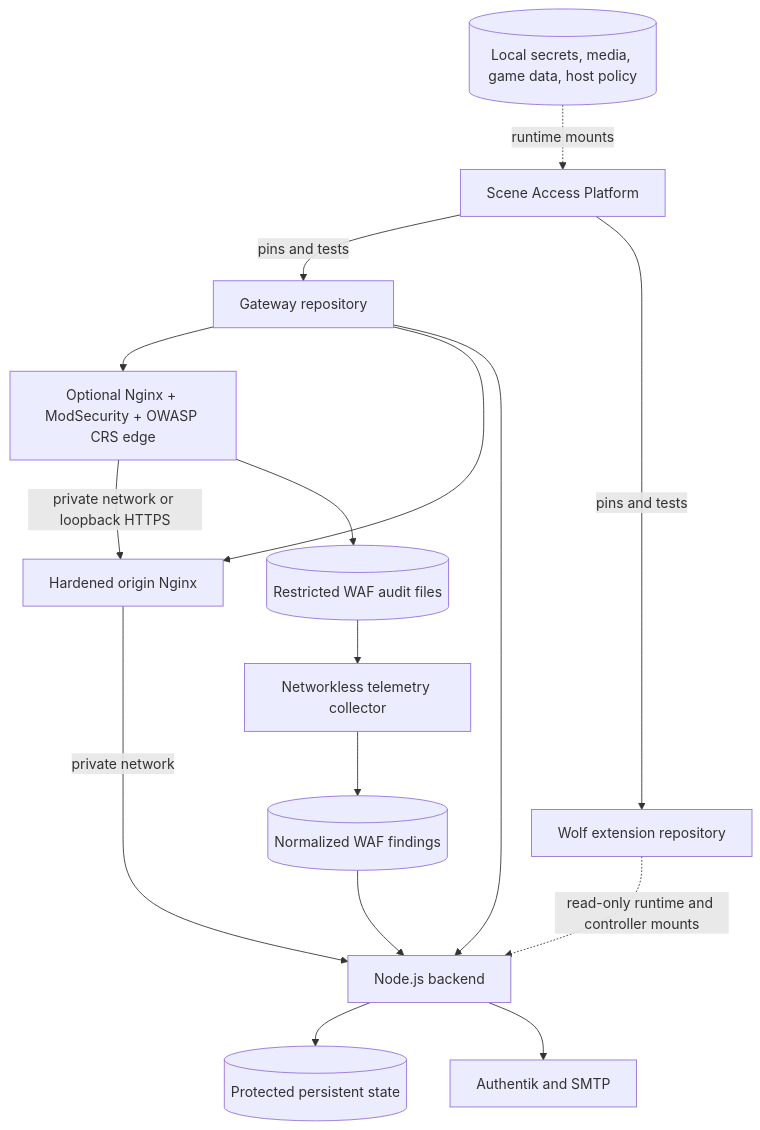
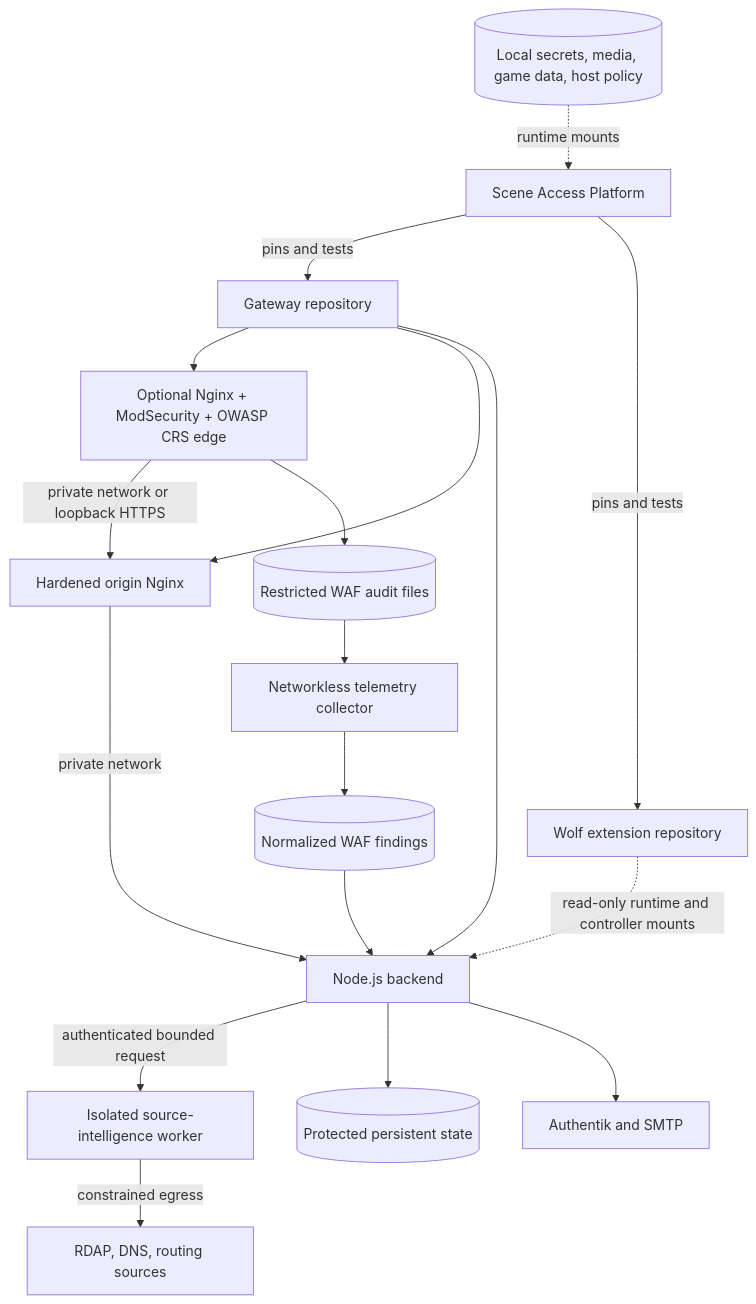
One commit to zipkindev/scene-access-gateway changed the diagram in docs/architecture/README.md. Above: the diagram before and after it, drawn with Mermaid. The commit also changed other lines of this file and 57 other files, not shown here.

````diff
--- a/docs/architecture/README.md
+++ b/docs/architecture/README.md
@@ -22,18 +22,20 @@
 ```mermaid
 flowchart TB
     Platform[Scene Access Platform] -->|pins and tests| GatewayRepo[Gateway repository]
     Platform -->|pins and tests| WolfRepo[Wolf extension repository]
     GatewayRepo --> WAF[Optional Nginx + ModSecurity + OWASP CRS edge]
     GatewayRepo --> Frontend[Hardened origin Nginx]
     GatewayRepo --> Backend[Node.js backend]
     WolfRepo -. read-only runtime and controller mounts .-> Backend
     WAF -->|private network or loopback HTTPS| Frontend
     WAF --> WafAudit[(Restricted WAF audit files)]
     WafAudit --> Collector[Networkless telemetry collector]
     Collector --> WafFeed[(Normalized WAF findings)]
     WafFeed --> Backend
+    Backend -->|authenticated bounded request| Intelligence[Isolated source-intelligence worker]
+    Intelligence -->|constrained egress| Registries[RDAP, DNS, routing sources]
     Frontend -->|private network| Backend
     Backend --> State[(Protected persistent state)]
     Backend --> Identity[Authentik and SMTP]
     Local[(Local secrets, media, game data, host policy)] -. runtime mounts .-> Platform
 ```
````
